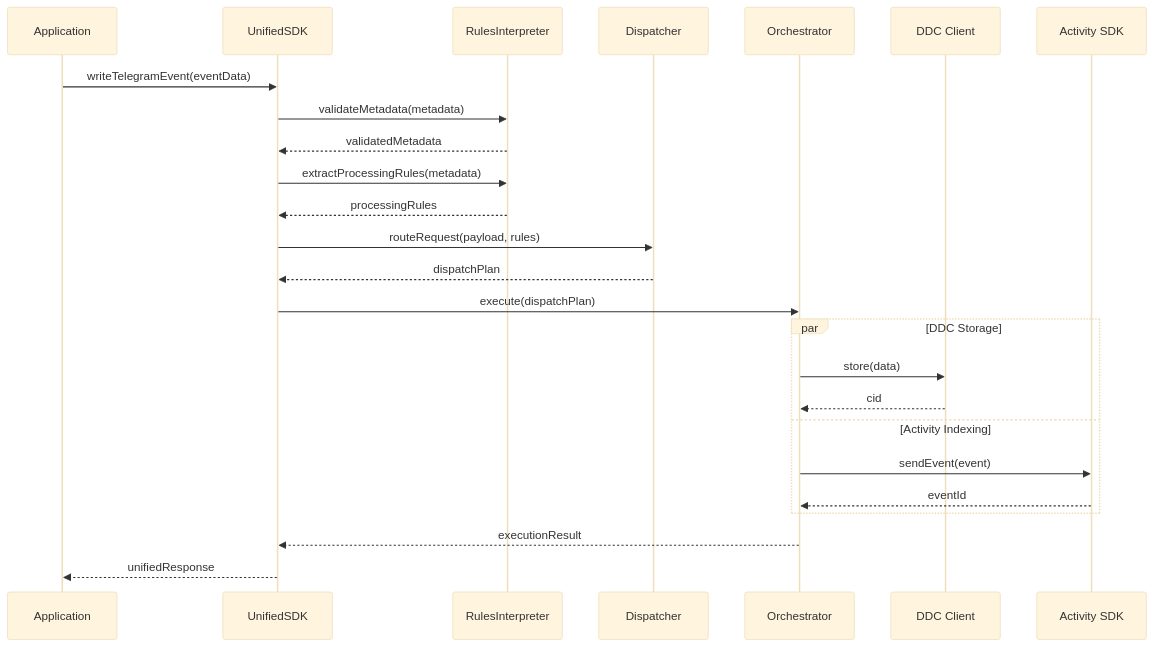
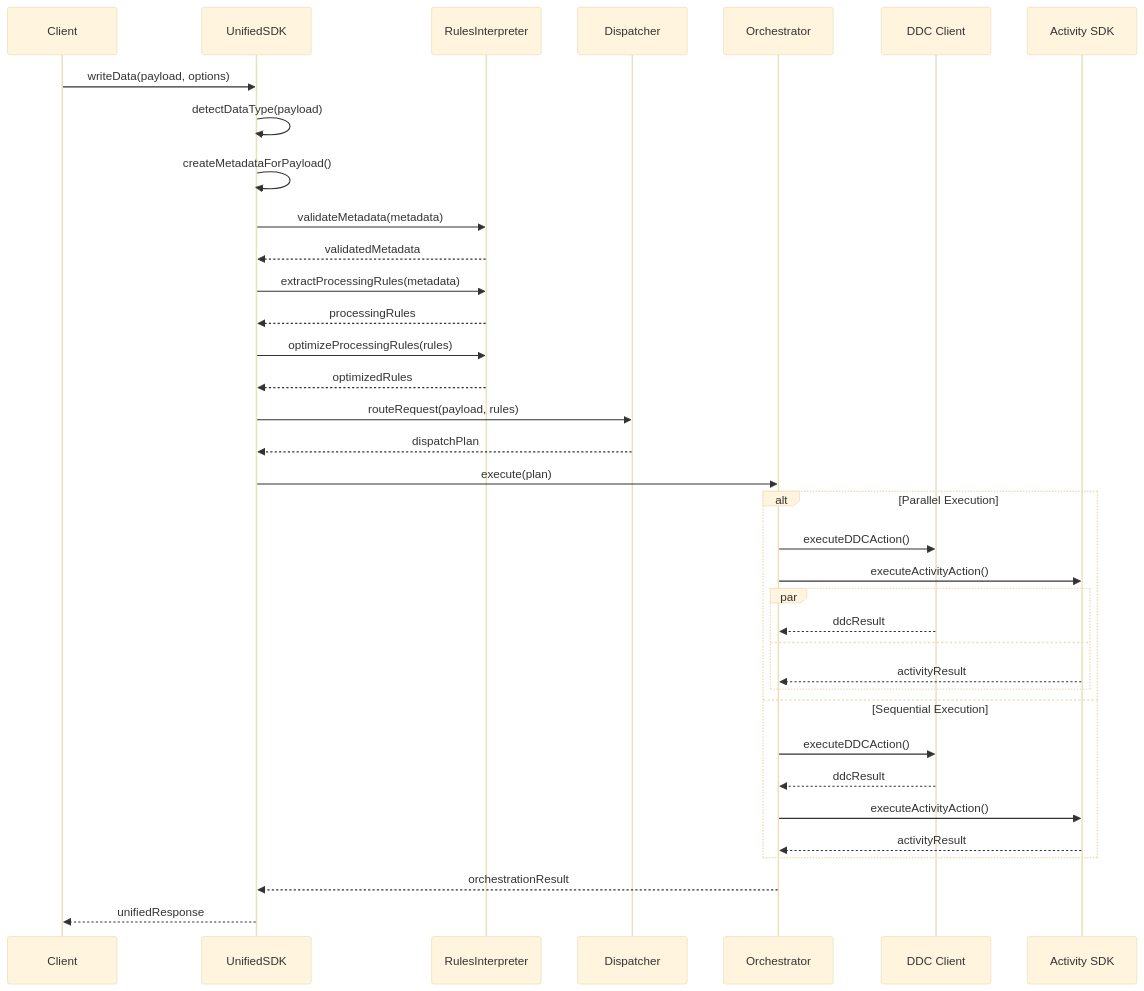
Before and after one commit to Cerebellum-Network/cere-ddc-sdk-js: the diagram in packages/unified/docs/architecture.md, drawn with Mermaid (base theme). The commit also changed other lines of this file and 42 other files, not shown here.

````diff
--- a/packages/unified/docs/architecture.md
+++ b/packages/unified/docs/architecture.md
@@ -87,30 +317,47 @@
 ```mermaid
 sequenceDiagram
-    participant App as Application
-    participant SDK as UnifiedSDK
-    participant Rules as RulesInterpreter
-    participant Dispatch as Dispatcher
-    participant Orch as Orchestrator
+    participant Client
+    participant UnifiedSDK
+    participant RulesInterpreter
+    participant Dispatcher
+    participant Orchestrator
     participant DDC as DDC Client
     participant Activity as Activity SDK
 
-    App->>SDK: writeTelegramEvent(eventData)
-    SDK->>Rules: validateMetadata(metadata)
-    Rules-->>SDK: validatedMetadata
-    SDK->>Rules: extractProcessingRules(metadata)
-    Rules-->>SDK: processingRules
-    SDK->>Dispatch: routeRequest(payload, rules)
-    Dispatch-->>SDK: dispatchPlan
-    SDK->>Orch: execute(dispatchPlan)
-
-    par DDC Storage
-        Orch->>DDC: store(data)
-        DDC-->>Orch: cid
-    and Activity Indexing
-        Orch->>Activity: sendEvent(event)
-        Activity-->>Orch: eventId
+    Client->>UnifiedSDK: writeData(payload, options)
+    
+    UnifiedSDK->>UnifiedSDK: detectDataType(payload)
+    UnifiedSDK->>UnifiedSDK: createMetadataForPayload()
+    
+    UnifiedSDK->>RulesInterpreter: validateMetadata(metadata)
+    RulesInterpreter-->>UnifiedSDK: validatedMetadata
+    
+    UnifiedSDK->>RulesInterpreter: extractProcessingRules(metadata)
+    RulesInterpreter-->>UnifiedSDK: processingRules
+    
+    UnifiedSDK->>RulesInterpreter: optimizeProcessingRules(rules)
+    RulesInterpreter-->>UnifiedSDK: optimizedRules
+    
+    UnifiedSDK->>Dispatcher: routeRequest(payload, rules)
+    Dispatcher-->>UnifiedSDK: dispatchPlan
+    
+    UnifiedSDK->>Orchestrator: execute(plan)
+    
+    alt Parallel Execution
+        Orchestrator->>DDC: executeDDCAction()
+        Orchestrator->>Activity: executeActivityAction()
+        par
+            DDC-->>Orchestrator: ddcResult
+        and
+            Activity-->>Orchestrator: activityResult
+        end
+    else Sequential Execution
+        Orchestrator->>DDC: executeDDCAction()
+        DDC-->>Orchestrator: ddcResult
+        Orchestrator->>Activity: executeActivityAction()
+        Activity-->>Orchestrator: activityResult
     end
-
-    Orch-->>SDK: executionResult
-    SDK-->>App: unifiedResponse
+    
+    Orchestrator-->>UnifiedSDK: orchestrationResult
+    UnifiedSDK-->>Client: unifiedResponse
 ```
````
